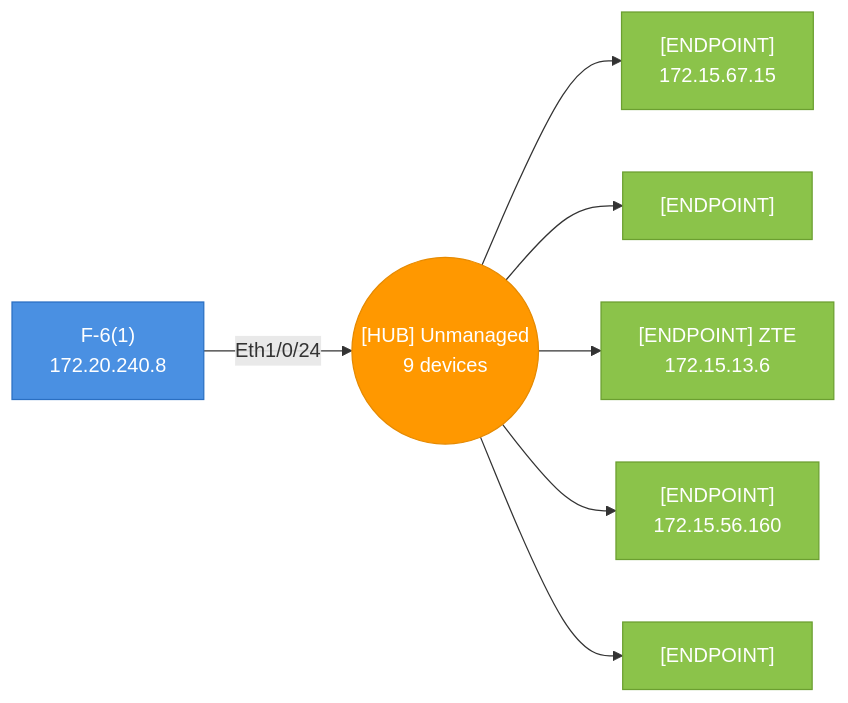
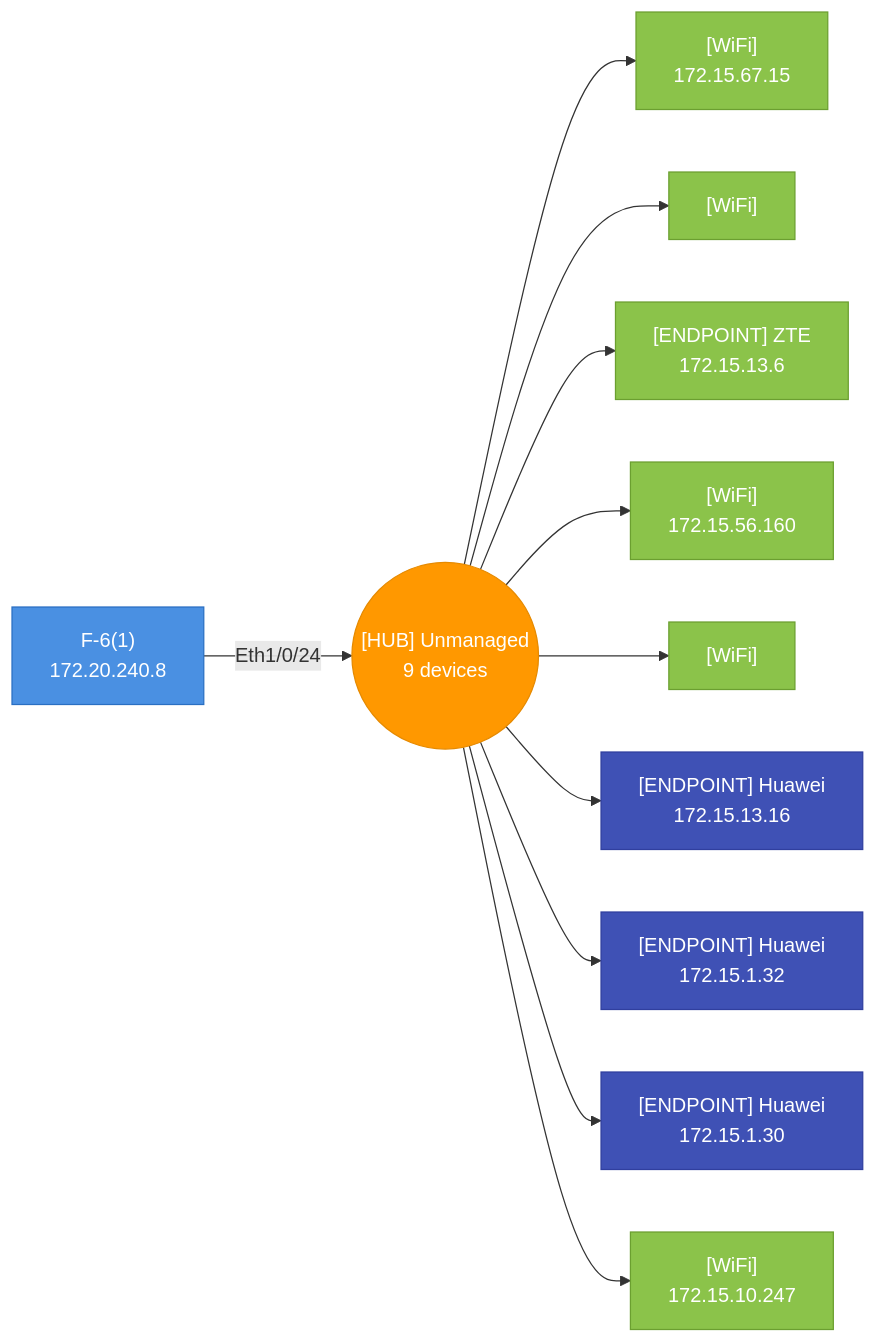
Before and after one commit to djamic/LLDP-Skanner-Go: diagram 28 of 47 in testdata/golden/audit_default.md, drawn with Mermaid. The commit also changed other lines of this file and 12 other files, not shown here.

````diff
--- a/testdata/golden/audit_default.md
+++ b/testdata/golden/audit_default.md
@@ -2006,23 +2171,35 @@
 ```mermaid
 graph LR
   hub_f8f0827cfa72_p24(("[HUB] Unmanaged<br>9 devices"))
   f8f0827cfa72["F-6(1)<br>172.20.240.8"]
   f8f0827cfa72-- "Eth1/0/24" -->hub_f8f0827cfa72_p24
   style f8f0827cfa72 fill:#4A90E2,stroke:#2A6FC2,color:#fff
-  029a9fa9fb22["[ENDPOINT]<br>172.15.67.15"]
+  029a9fa9fb22["[WiFi]<br>172.15.67.15"]
   hub_f8f0827cfa72_p24-->029a9fa9fb22
   style 029a9fa9fb22 fill:#8BC34A,stroke:#6B9F30,color:#fff
-  06d9e1ee79e8["[ENDPOINT]"]
+  06d9e1ee79e8["[WiFi]"]
   hub_f8f0827cfa72_p24-->06d9e1ee79e8
   style 06d9e1ee79e8 fill:#8BC34A,stroke:#6B9F30,color:#fff
   54af9782f4c2["[ENDPOINT] ZTE<br>172.15.13.6"]
   hub_f8f0827cfa72_p24-->54af9782f4c2
   style 54af9782f4c2 fill:#8BC34A,stroke:#6B9F30,color:#fff
-  5ef588d67644["[ENDPOINT]<br>172.15.56.160"]
+  5ef588d67644["[WiFi]<br>172.15.56.160"]
   hub_f8f0827cfa72_p24-->5ef588d67644
   style 5ef588d67644 fill:#8BC34A,stroke:#6B9F30,color:#fff
-  6e2498c2d586["[ENDPOINT]"]
+  6e2498c2d586["[WiFi]"]
   hub_f8f0827cfa72_p24-->6e2498c2d586
   style 6e2498c2d586 fill:#8BC34A,stroke:#6B9F30,color:#fff
+  7845587c878e["[ENDPOINT] Huawei<br>172.15.13.16"]
+  hub_f8f0827cfa72_p24-->7845587c878e
+  style 7845587c878e fill:#3F51B5,stroke:#303F9F,color:#fff
+  7845587c883a["[ENDPOINT] Huawei<br>172.15.1.32"]
+  hub_f8f0827cfa72_p24-->7845587c883a
+  style 7845587c883a fill:#3F51B5,stroke:#303F9F,color:#fff
+  7845587c8841["[ENDPOINT] Huawei<br>172.15.1.30"]
+  hub_f8f0827cfa72_p24-->7845587c8841
+  style 7845587c8841 fill:#3F51B5,stroke:#303F9F,color:#fff
+  9a320bda4897["[WiFi]<br>172.15.10.247"]
+  hub_f8f0827cfa72_p24-->9a320bda4897
+  style 9a320bda4897 fill:#8BC34A,stroke:#6B9F30,color:#fff
   style hub_f8f0827cfa72_p24 fill:#FF9800,stroke:#E68A00,color:#fff
 ```
````
